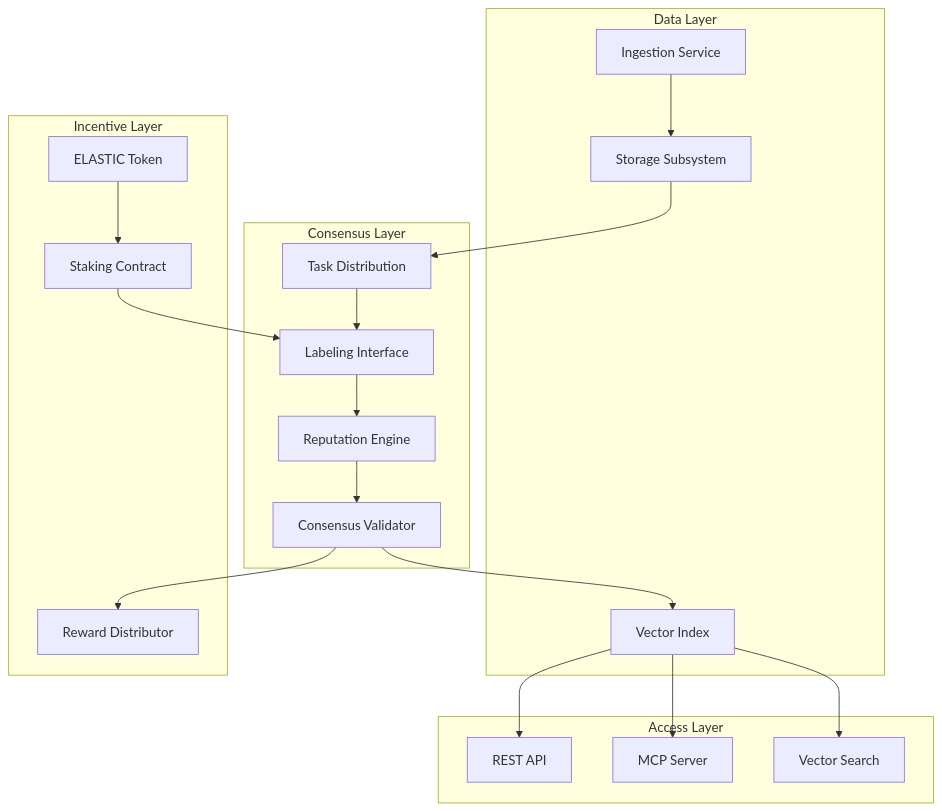
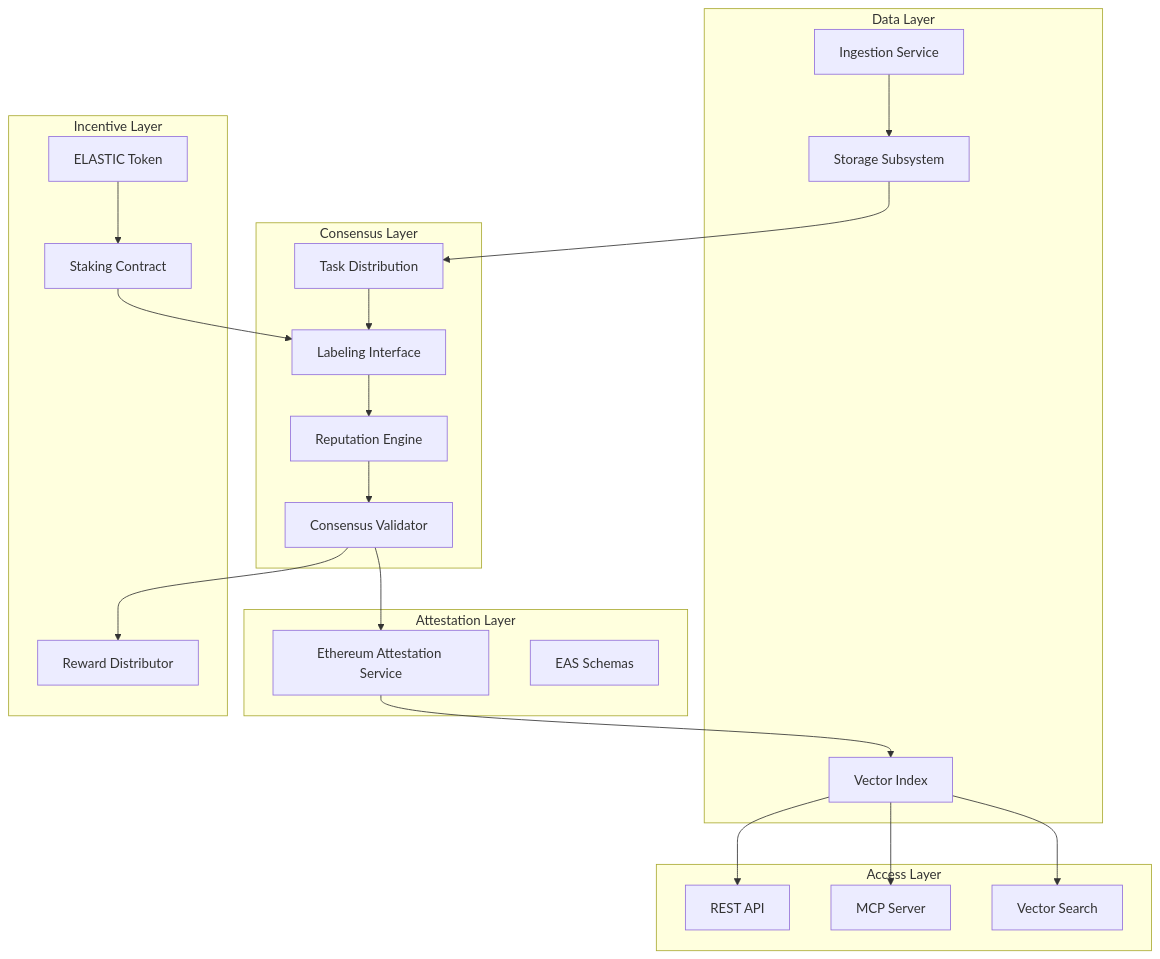
One commit to elasticlabs-org/docs changed the first of 7 diagrams in elastic-studio/architecture.mdx. Above: the diagram before and after it, drawn with Mermaid. The commit also changed other lines of this file and 8 other files, not shown here.

````diff
--- a/elastic-studio/architecture.mdx
+++ b/elastic-studio/architecture.mdx
@@ -11,42 +11,48 @@
 ```mermaid
 flowchart TB
     subgraph DataLayer [Data Layer]
         Upload[Ingestion Service]
         Storage[Storage Subsystem]
         VectorDB[Vector Index]
     end
-    
+
     subgraph ConsensusLayer [Consensus Layer]
         TaskQueue[Task Distribution]
         Labeling[Labeling Interface]
         Reputation[Reputation Engine]
         Validator[Consensus Validator]
     end
-    
+
+    subgraph AttestationLayer [Attestation Layer]
+        EAS[Ethereum Attestation Service]
+        Schemas[EAS Schemas]
+    end
+
     subgraph IncentiveLayer [Incentive Layer]
         Token[ELASTIC Token]
         Staking[Staking Contract]
         Rewards[Reward Distributor]
     end
-    
+
     subgraph AccessLayer [Access Layer]
         API[REST API]
         MCP[MCP Server]
         VectorAPI[Vector Search]
     end
-    
+
     Upload --> Storage
     Storage --> TaskQueue
     TaskQueue --> Labeling
     Labeling --> Reputation
     Reputation --> Validator
-    Validator --> VectorDB
-    
+    Validator --> EAS
+    EAS --> VectorDB
+
     Token --> Staking
     Staking --> Labeling
     Validator --> Rewards
-    
+
     VectorDB --> API
     VectorDB --> MCP
     VectorDB --> VectorAPI
 ```
````
